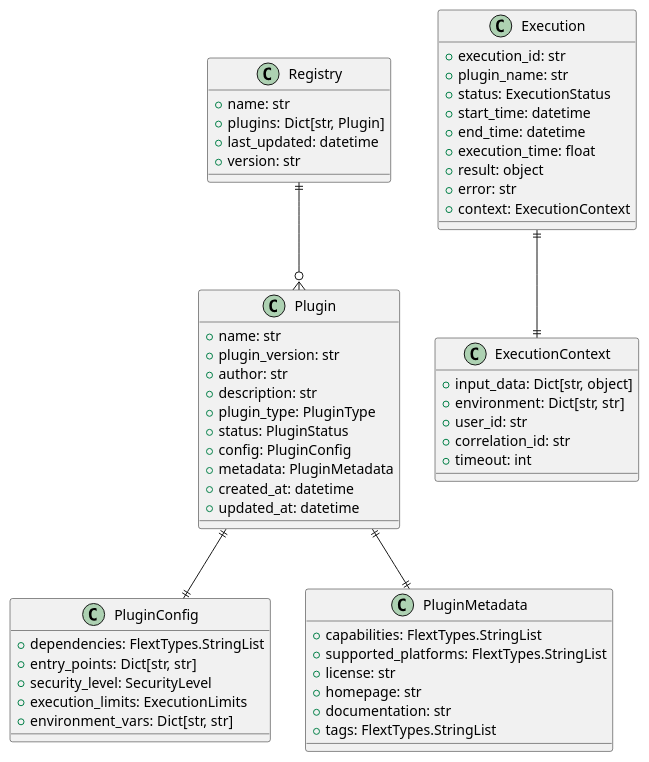
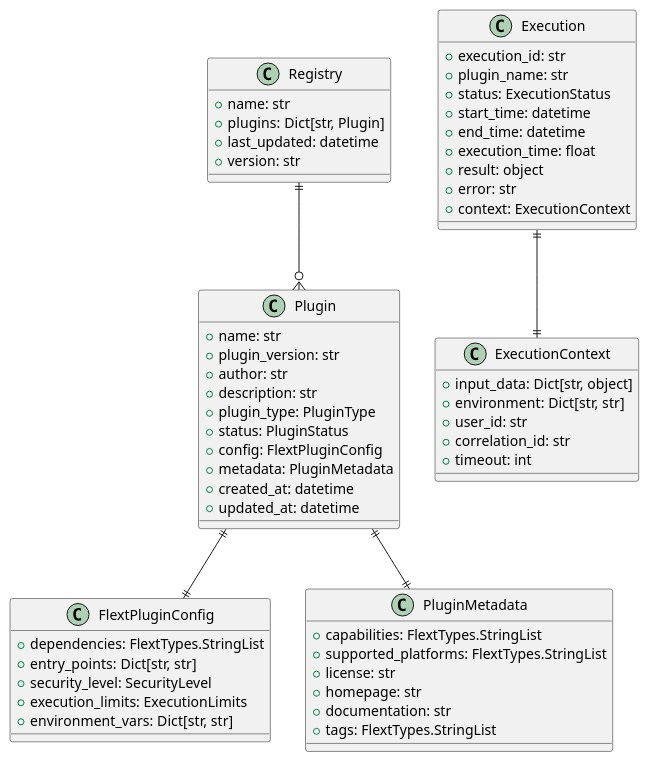
Before and after one commit to flext-sh/flext-plugin: the first of 4 diagrams in docs/architecture/data.md, drawn with PlantUML. The commit also changed other lines of this file and 46 other files, not shown here.

````diff
--- a/docs/architecture/data.md
+++ b/docs/architecture/data.md
@@ -25,65 +25,65 @@
 ```plantuml
 @startuml Data Model Hierarchy
 class Plugin {
     +name: str
     +plugin_version: str
     +author: str
     +description: str
     +plugin_type: PluginType
     +status: PluginStatus
-    +config: PluginConfig
+    +config: FlextPluginConfig
     +metadata: PluginMetadata
     +created_at: datetime
     +updated_at: datetime
 }
 
-class PluginConfig {
+class FlextPluginConfig {
     +dependencies: FlextTypes.StringList
     +entry_points: Dict[str, str]
     +security_level: SecurityLevel
     +execution_limits: ExecutionLimits
     +environment_vars: Dict[str, str]
 }
 
 class PluginMetadata {
     +capabilities: FlextTypes.StringList
     +supported_platforms: FlextTypes.StringList
     +license: str
     +homepage: str
     +documentation: str
     +tags: FlextTypes.StringList
 }
 
 class Execution {
     +execution_id: str
     +plugin_name: str
     +status: ExecutionStatus
     +start_time: datetime
     +end_time: datetime
     +execution_time: float
     +result: object
     +error: str
     +context: ExecutionContext
 }
 
 class ExecutionContext {
     +input_data: Dict[str, object]
     +environment: Dict[str, str]
     +user_id: str
     +correlation_id: str
     +timeout: int
 }
 
 class Registry {
     +name: str
     +plugins: Dict[str, Plugin]
     +last_updated: datetime
     +version: str
 }
 
-Plugin ||--|| PluginConfig
+Plugin ||--|| FlextPluginConfig
 Plugin ||--|| PluginMetadata
 Execution ||--|| ExecutionContext
 Registry ||--o{ Plugin
 @enduml
 ```
````
